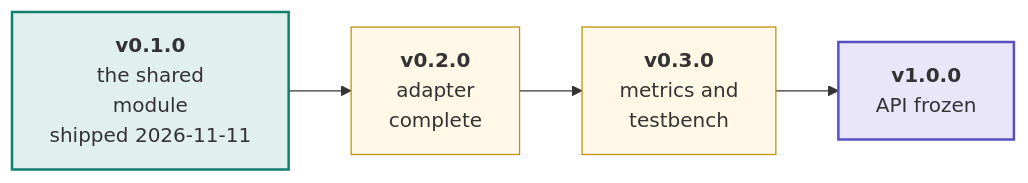
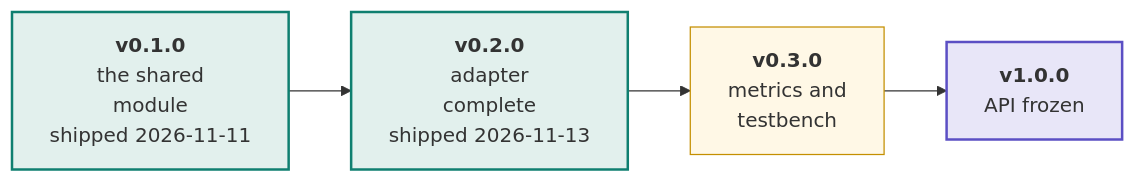
The first of 2 diagrams in docs/roadmap.md (swarm-routing/ns3-swarm-core), drawn with Mermaid before and after one commit. The commit also changed other lines of this file, not shown here.

First line of the commit message:
docs(roadmap): v0.2.0 shipped

````diff
--- a/docs/roadmap.md
+++ b/docs/roadmap.md
@@ -40,14 +41,14 @@
 ```mermaid
 flowchart LR
     V01["<b>v0.1.0</b><br/>the shared<br/>module<br/>shipped 2026-11-11"]
-    V02["<b>v0.2.0</b><br/>adapter<br/>complete"]
+    V02["<b>v0.2.0</b><br/>adapter<br/>complete<br/>shipped 2026-11-13"]
     V03["<b>v0.3.0</b><br/>metrics and<br/>testbench"]
     V10["<b>v1.0.0</b><br/>API frozen"]
 
     V01 --> V02 --> V03 --> V10
 
     style V01 fill:#e2f0ed,stroke:#0f7f70,stroke-width:2px
-    style V02 fill:#fff8e6,stroke:#c48f00
+    style V02 fill:#e2f0ed,stroke:#0f7f70,stroke-width:2px
     style V03 fill:#fff8e6,stroke:#c48f00
     style V10 fill:#e8e6f8,stroke:#5b4fc4,stroke-width:2px
 ```
````
